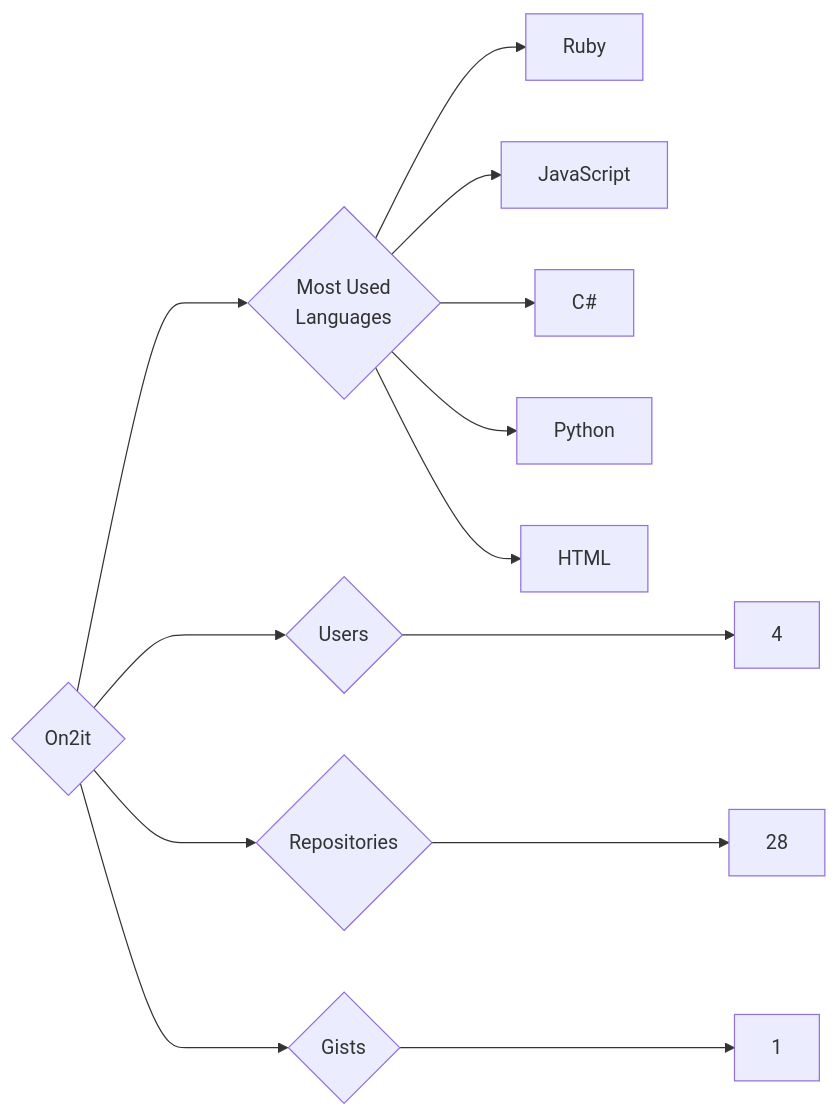
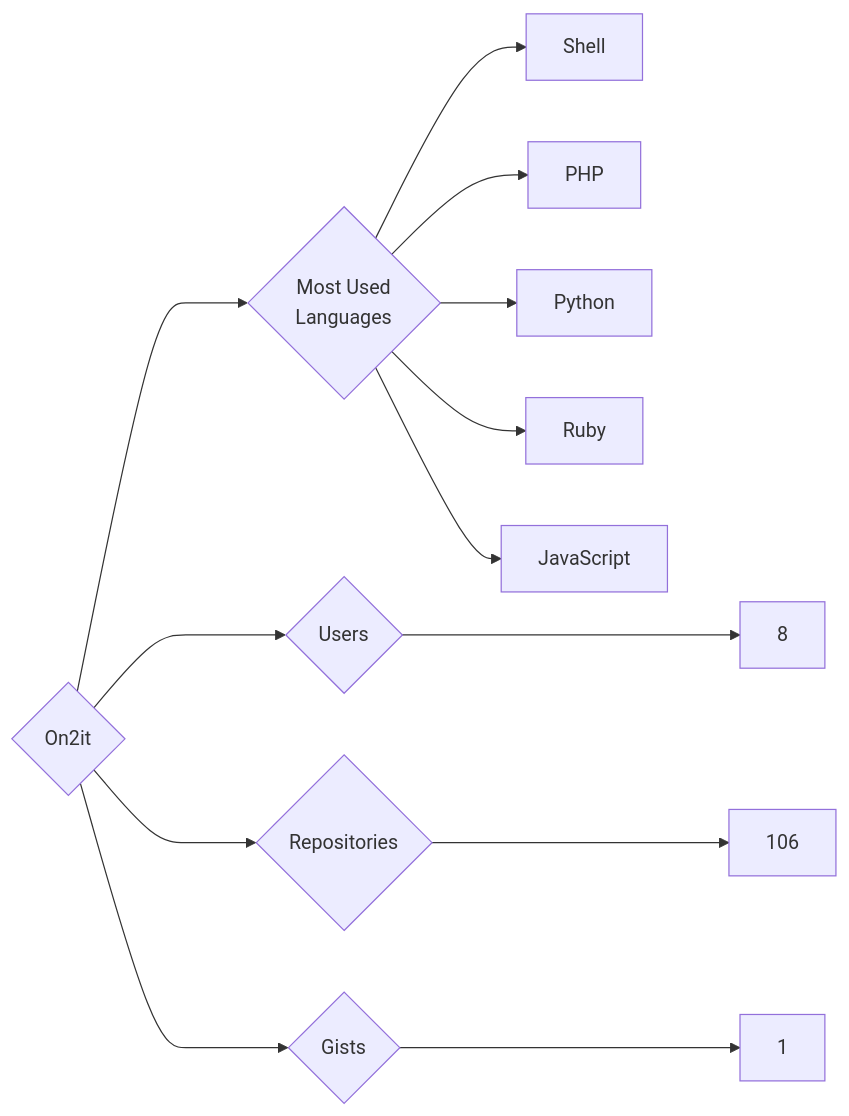
One commit to trickest/insiders changed the diagram in targets/On2it/README.md. Above: the diagram before and after it, drawn with Mermaid. The commit also changed 770 other files, not shown here.

````diff
--- a/targets/On2it/README.md
+++ b/targets/On2it/README.md
@@ -3,13 +3,13 @@
 ```mermaid
 graph LR
 COMPANY_NAME{On2it}
-COMPANY_NAME ---> U{Users} ---> UN[4]
-COMPANY_NAME ---> R{Repositories} ---> RN[28]
+COMPANY_NAME ---> U{Users} ---> UN[8]
+COMPANY_NAME ---> R{Repositories} ---> RN[106]
 COMPANY_NAME ---> G{Gists} ---> GN[1]
 COMPANY_NAME ---> ML{Most Used<br>Languages}
+ML --> Shell[Shell]
+ML --> PHP[PHP]
+ML --> Python[Python]
 ML --> Ruby[Ruby]
 ML --> JavaScript[JavaScript]
-ML --> C#[C#]
-ML --> Python[Python]
-ML --> HTML[HTML]
 ```
````
